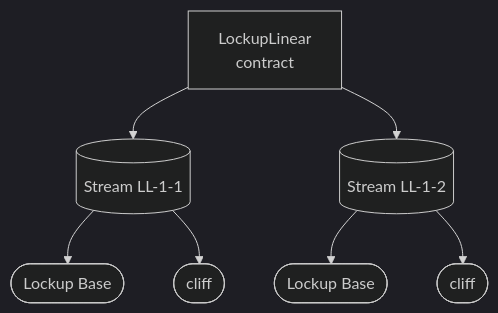
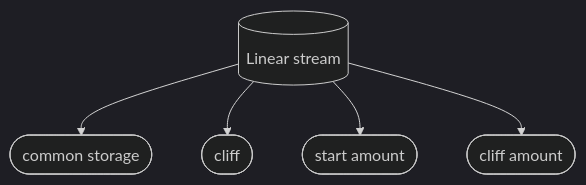
The third of 7 diagrams in docs/reference/lockup/01-diagrams.md (sablier-labs/docs), drawn with Mermaid (dark theme) before and after one commit. The commit also changed other lines of this file and 260 other files, not shown here.

First line of the commit message:
refactor docs for Lockup v2.0, Flow v1.1 and Airdrops v1.3 (#238)

````diff
--- a/docs/reference/lockup/01-diagrams.md
+++ b/docs/reference/lockup/01-diagrams.md
@@ -54,18 +63,13 @@
 ```mermaid
 flowchart TD;
-  C["LockupLinear\ncontract"];
+  L[(Linear stream)];
 
-  S0[(Stream LL-1-1)];
-  P0([Lockup Base]);
-  P1([cliff]);
-  S0 --> P0;
-  S0 --> P1;
-  C --> S0;
-
-  S1[(Stream LL-1-2)];
-  P2([Lockup Base]);
-  P3([cliff]);
-  S1 --> P2;
-  S1 --> P3;
-  C --> S1;
+  S0([common storage])
+  S1([cliff])
+  S2([start amount])
+  S3([cliff amount])
+  L --> S0;
+  L --> S1;
+  L --> S2;
+  L --> S3;
 ```
````
